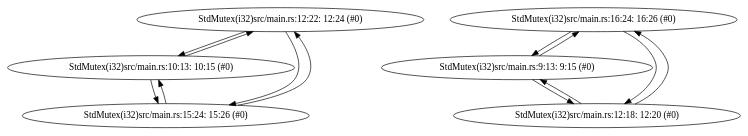
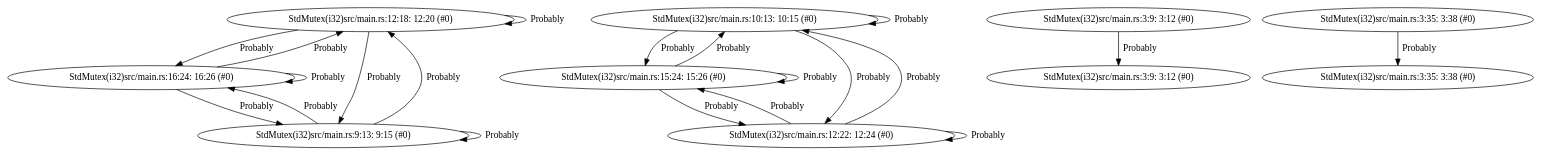
One commit to kevindadi/RustPTA changed the diagram in toys/call-no-deadlock/pts_map.dot. Above: the diagram before and after it, drawn with Graphviz. The commit also changed 22 other files, not shown here.

```diff
--- a/toys/call-no-deadlock/pts_map.dot
+++ b/toys/call-no-deadlock/pts_map.dot
@@ -1,20 +1,32 @@
 digraph {
-    0 [ label = "StdMutex(i32)src/main.rs:12:22: 12:24 (#0)" ]
-    1 [ label = "StdMutex(i32)src/main.rs:10:13: 10:15 (#0)" ]
-    2 [ label = "StdMutex(i32)src/main.rs:15:24: 15:26 (#0)" ]
-    3 [ label = "StdMutex(i32)src/main.rs:16:24: 16:26 (#0)" ]
-    4 [ label = "StdMutex(i32)src/main.rs:9:13: 9:15 (#0)" ]
-    5 [ label = "StdMutex(i32)src/main.rs:12:18: 12:20 (#0)" ]
-    0 -> 1 [ label = "" ]
-    1 -> 0 [ label = "" ]
-    2 -> 1 [ label = "" ]
-    3 -> 4 [ label = "" ]
-    4 -> 3 [ label = "" ]
-    1 -> 2 [ label = "" ]
-    5 -> 3 [ label = "" ]
-    3 -> 5 [ label = "" ]
-    0 -> 2 [ label = "" ]
-    5 -> 4 [ label = "" ]
-    4 -> 5 [ label = "" ]
-    2 -> 0 [ label = "" ]
+    0 [ label = "StdMutex(i32)src/main.rs:12:18: 12:20 (#0)" ]
+    1 [ label = "StdMutex(i32)src/main.rs:16:24: 16:26 (#0)" ]
+    2 [ label = "StdMutex(i32)src/main.rs:9:13: 9:15 (#0)" ]
+    3 [ label = "StdMutex(i32)src/main.rs:10:13: 10:15 (#0)" ]
+    4 [ label = "StdMutex(i32)src/main.rs:15:24: 15:26 (#0)" ]
+    5 [ label = "StdMutex(i32)src/main.rs:3:9: 3:12 (#0)" ]
+    6 [ label = "StdMutex(i32)src/main.rs:3:9: 3:12 (#0)" ]
+    7 [ label = "StdMutex(i32)src/main.rs:12:22: 12:24 (#0)" ]
+    8 [ label = "StdMutex(i32)src/main.rs:3:35: 3:38 (#0)" ]
+    9 [ label = "StdMutex(i32)src/main.rs:3:35: 3:38 (#0)" ]
+    0 -> 1 [ label = "Probably" ]
+    2 -> 0 [ label = "Probably" ]
+    3 -> 4 [ label = "Probably" ]
+    5 -> 6 [ label = "Probably" ]
+    4 -> 7 [ label = "Probably" ]
+    3 -> 7 [ label = "Probably" ]
+    0 -> 2 [ label = "Probably" ]
+    1 -> 2 [ label = "Probably" ]
+    1 -> 0 [ label = "Probably" ]
+    8 -> 9 [ label = "Probably" ]
+    3 -> 3 [ label = "Probably" ]
+    4 -> 3 [ label = "Probably" ]
+    2 -> 1 [ label = "Probably" ]
+    7 -> 3 [ label = "Probably" ]
+    0 -> 0 [ label = "Probably" ]
+    2 -> 2 [ label = "Probably" ]
+    4 -> 4 [ label = "Probably" ]
+    1 -> 1 [ label = "Probably" ]
+    7 -> 7 [ label = "Probably" ]
+    7 -> 4 [ label = "Probably" ]
 }
```
